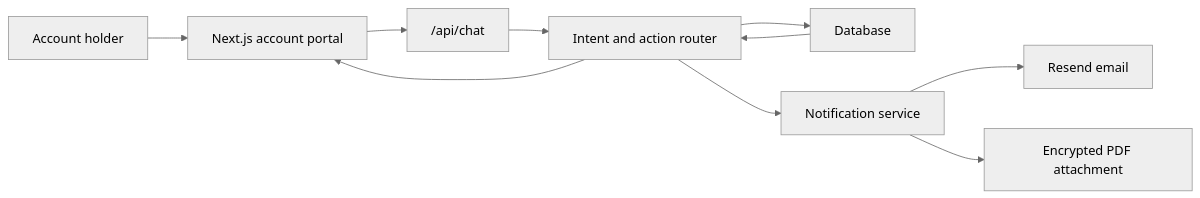
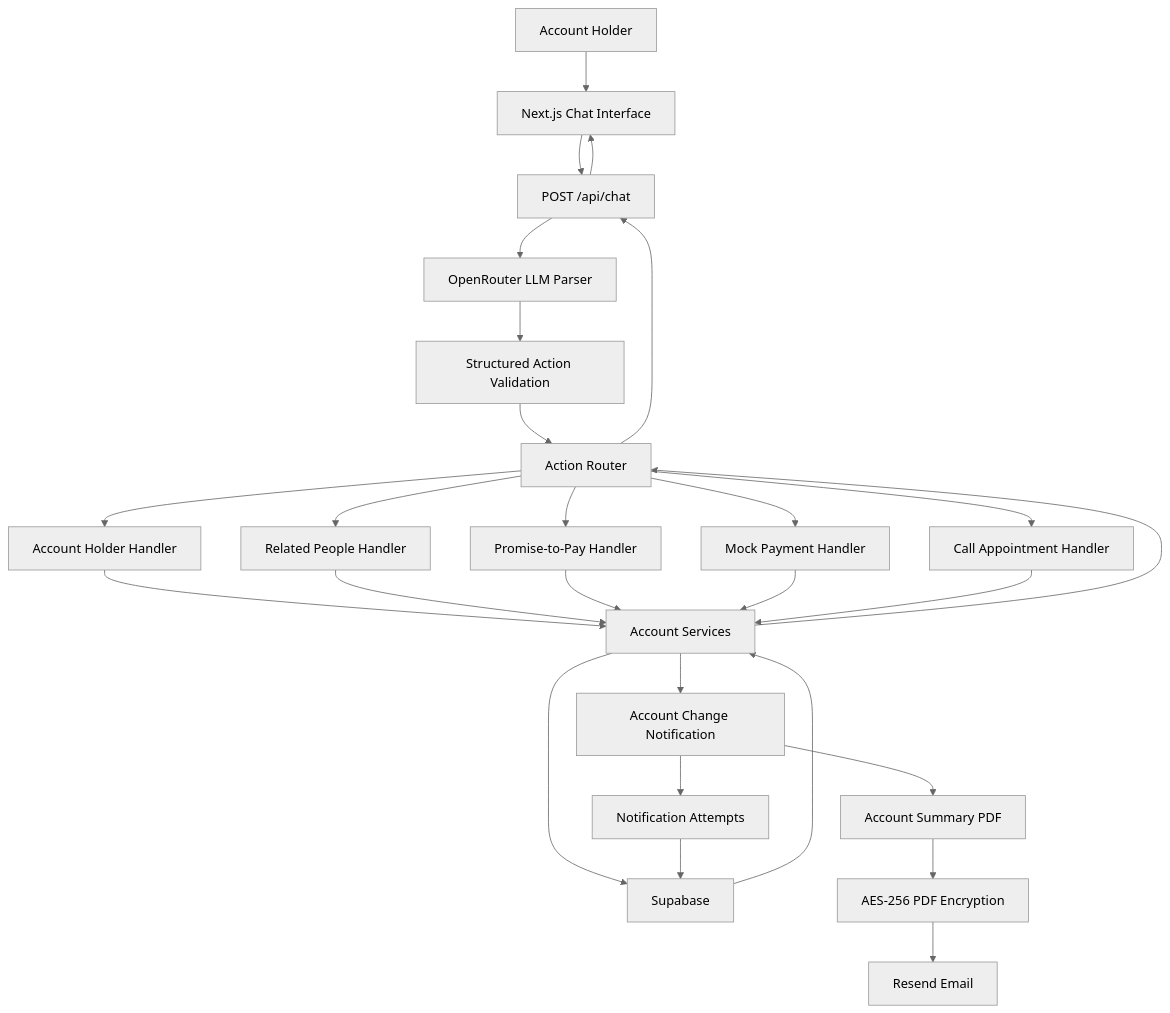
One commit to AnnaRychkova1/account-self-service-chatbot changed the diagram in architecture-diagram.md. Above: the diagram before and after it, drawn with Mermaid (neutral theme). The commit also changed other lines of this file and 4 other files, not shown here.

````diff
--- a/architecture-diagram.md
+++ b/architecture-diagram.md
@@ -5,12 +5,36 @@
 ```mermaid
-flowchart LR
-  User["Account holder"] --> UI["Next.js account portal"]
-  UI --> ChatAPI["/api/chat"]
-  ChatAPI --> Router["Intent and action router"]
-  Router --> DB["Database"]
-  Router --> Notification["Notification service"]
-  Notification --> Email["Resend email"]
-  Notification --> PDF["Encrypted PDF attachment"]
-  DB --> Router
-  Router --> UI
+flowchart TD
+    User["Account Holder"] --> UI["Next.js Chat Interface"]
+    UI --> API["POST /api/chat"]
+
+    API --> Parser["OpenRouter LLM Parser"]
+    Parser --> Validation["Structured Action Validation"]
+    Validation --> Router["Action Router"]
+
+    Router --> Account["Account Holder Handler"]
+    Router --> Related["Related People Handler"]
+    Router --> Promise["Promise-to-Pay Handler"]
+    Router --> Payment["Mock Payment Handler"]
+    Router --> Appointment["Call Appointment Handler"]
+
+    Account --> Services["Account Services"]
+    Related --> Services
+    Promise --> Services
+    Payment --> Services
+    Appointment --> Services
+
+    Services --> Supabase["Supabase"]
+
+    Services --> Notification["Account Change Notification"]
+    Notification --> PDF["Account Summary PDF"]
+    PDF --> Encryption["AES-256 PDF Encryption"]
+    Encryption --> Resend["Resend Email"]
+
+    Notification --> Attempts["Notification Attempts"]
+    Attempts --> Supabase
+
+    Supabase --> Services
+    Services --> Router
+    Router --> API
+    API --> UI
 ```
````
